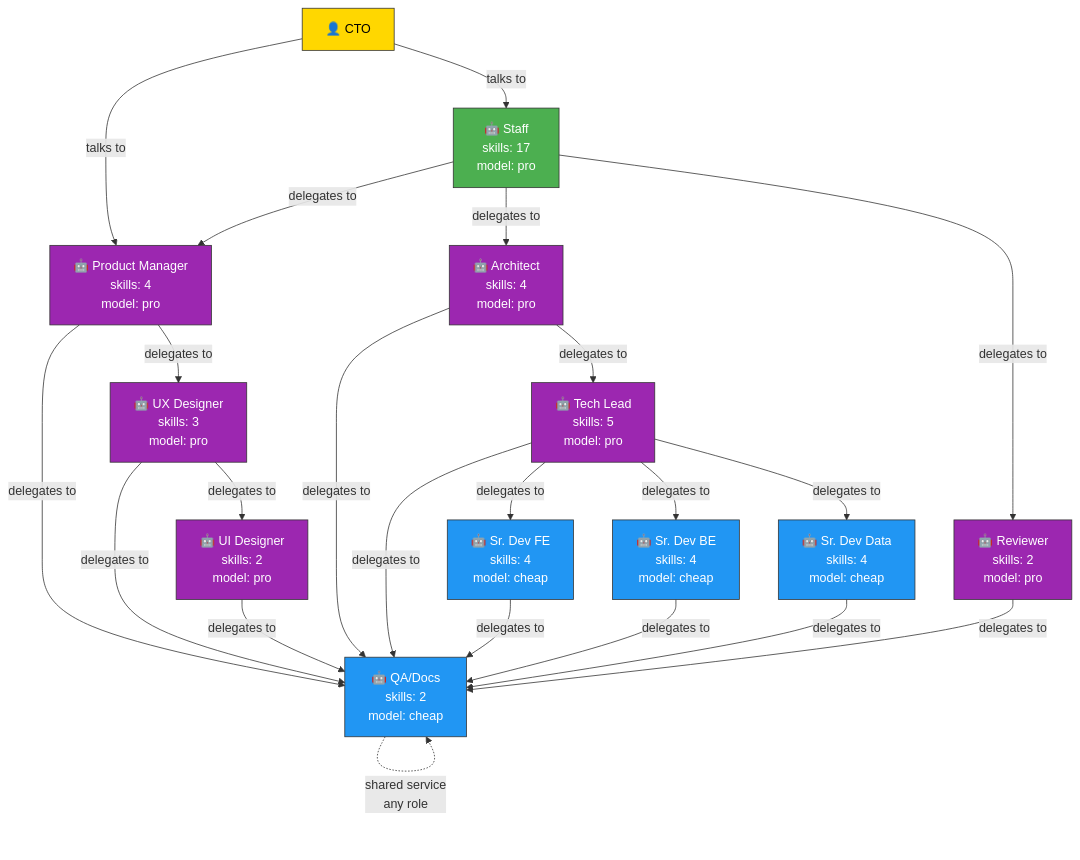
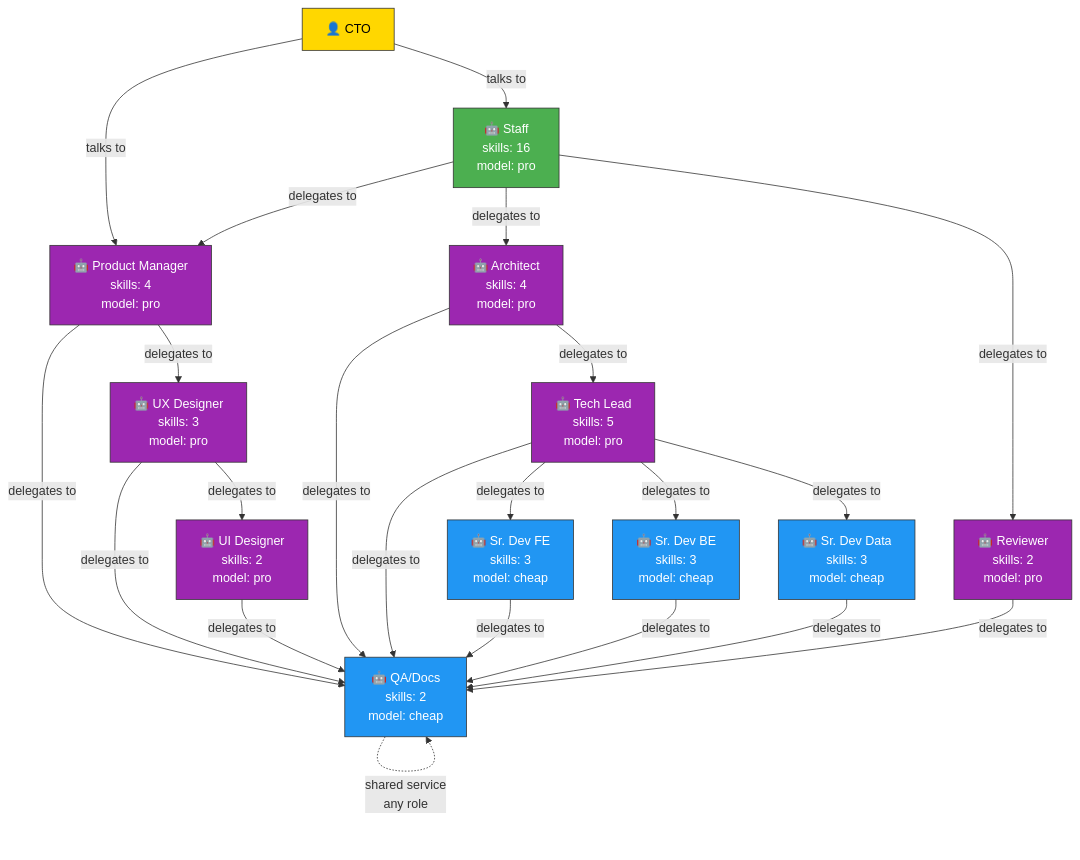
One commit to antonygiomarxdev/mill changed the first of 3 diagrams in docs/ORG-CHART.md. Above: the diagram before and after it, drawn with Mermaid. The commit also changed other lines of this file and 5 other files, not shown here.

First line of the commit message:
docs: remove model names and prices from org chart

````diff
--- a/docs/ORG-CHART.md
+++ b/docs/ORG-CHART.md
@@ -5,45 +5,45 @@
 ```mermaid
 graph TD
     CTO[👤 CTO]
     
-    CTO -->|talks to| STAFF[🤖 Staff<br/>skills: 17<br/>model: pro]
+    CTO -->|talks to| STAFF[🤖 Staff<br/>skills: 16<br/>model: pro]
     CTO -->|talks to| PM[🤖 Product Manager<br/>skills: 4<br/>model: pro]
     
     STAFF -->|delegates to| PM
     STAFF -->|delegates to| ARCH[🤖 Architect<br/>skills: 4<br/>model: pro]
     STAFF -->|delegates to| REV[🤖 Reviewer<br/>skills: 2<br/>model: pro]
     
     PM -->|delegates to| UX[🤖 UX Designer<br/>skills: 3<br/>model: pro]
     PM -->|delegates to| QA[🤖 QA/Docs<br/>skills: 2<br/>model: cheap]
     
     UX -->|delegates to| UI[🤖 UI Designer<br/>skills: 2<br/>model: pro]
     UX -->|delegates to| QA
     
     UI -->|delegates to| QA
     
     ARCH -->|delegates to| TL[🤖 Tech Lead<br/>skills: 5<br/>model: pro]
     ARCH -->|delegates to| QA
     
-    TL -->|delegates to| FE[🤖 Sr. Dev FE<br/>skills: 4<br/>model: cheap]
-    TL -->|delegates to| BE[🤖 Sr. Dev BE<br/>skills: 4<br/>model: cheap]
-    TL -->|delegates to| DATA[🤖 Sr. Dev Data<br/>skills: 4<br/>model: cheap]
+    TL -->|delegates to| FE[🤖 Sr. Dev FE<br/>skills: 3<br/>model: cheap]
+    TL -->|delegates to| BE[🤖 Sr. Dev BE<br/>skills: 3<br/>model: cheap]
+    TL -->|delegates to| DATA[🤖 Sr. Dev Data<br/>skills: 3<br/>model: cheap]
     TL -->|delegates to| QA
     
     FE -->|delegates to| QA
     BE -->|delegates to| QA
     DATA -->|delegates to| QA
     
     REV -->|delegates to| QA
     
     QA -.->|shared service<br/>any role| QA
     
     classDef human fill:#FFD700,stroke:#333,color:#000
     classDef active fill:#4CAF50,stroke:#333,color:#fff
     classDef pro fill:#9C27B0,stroke:#333,color:#fff
     classDef cheap fill:#2196F3,stroke:#333,color:#fff
     
     class CTO human
     class STAFF,PM active
     class PM,ARCH,TL,REV,UX,UI pro
     class FE,BE,DATA,QA cheap
 ```
````
